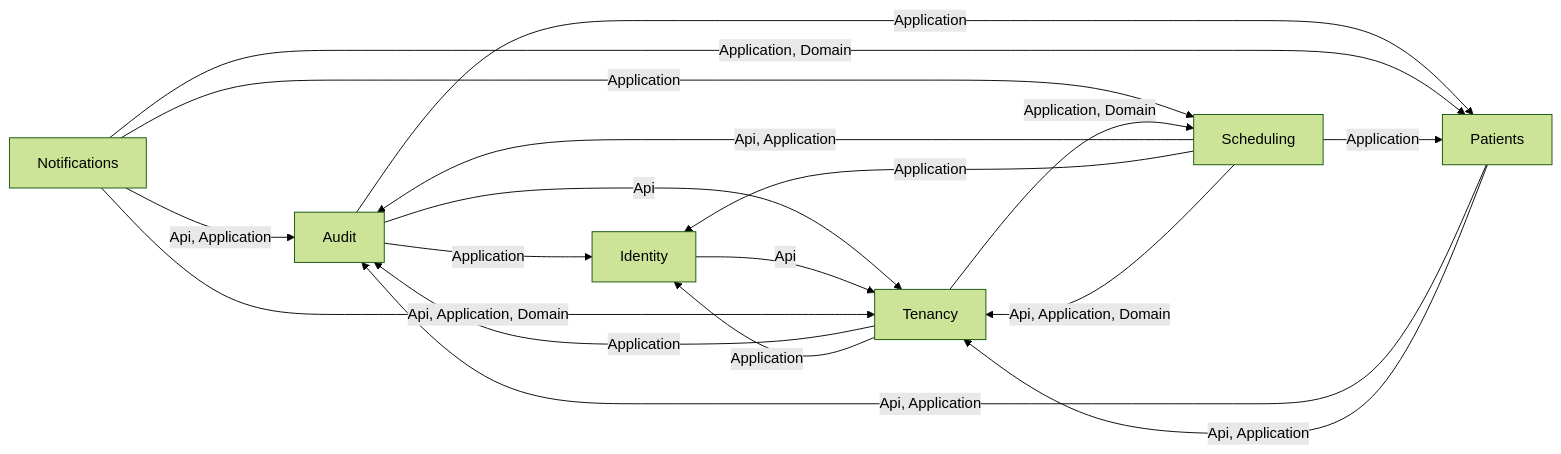
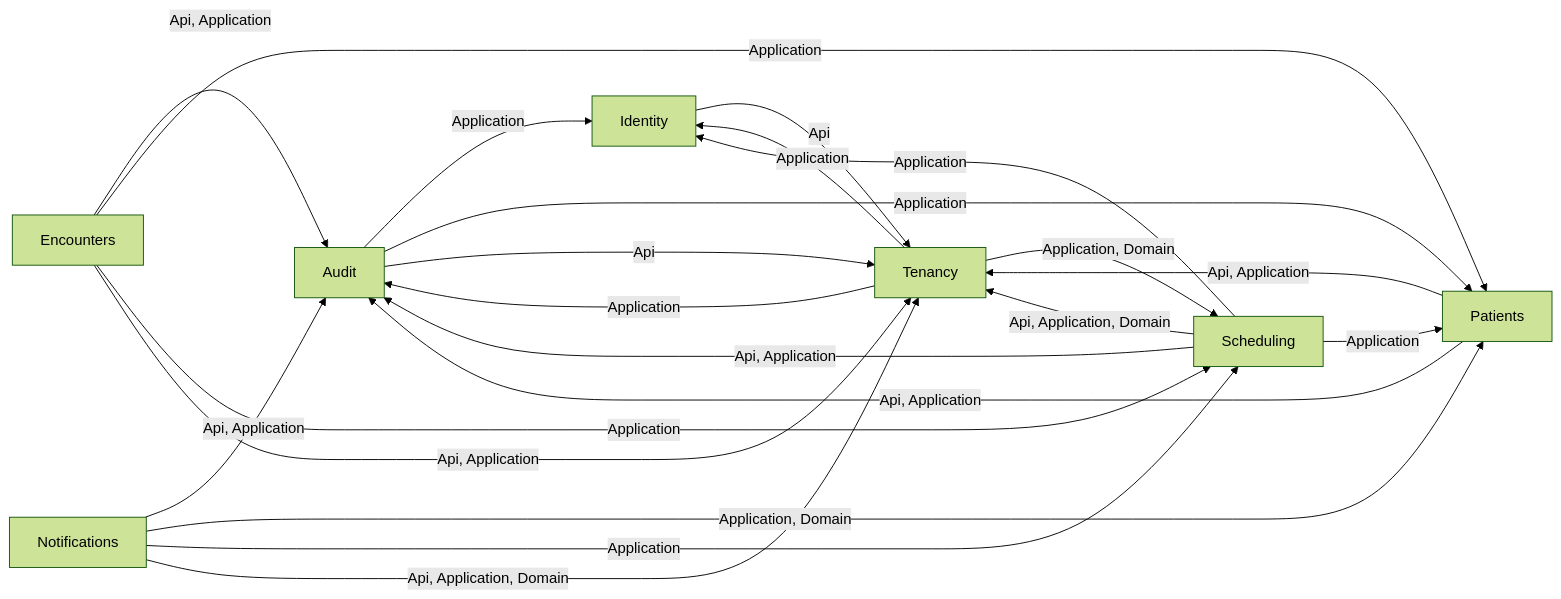
One commit to ALFRED-LUCIFER/medvya changed the second of 12 diagrams in docs/03-architecture/erd.md. Above: the diagram before and after it, drawn with Mermaid (forest theme). The commit also changed other lines of this file and 65 other files, not shown here.

````diff
--- a/docs/03-architecture/erd.md
+++ b/docs/03-architecture/erd.md
@@ -53,20 +54,24 @@
 ```mermaid
 flowchart LR
   Audit -->|"Application"| Identity
   Audit -->|"Application"| Patients
   Audit -->|"Api"| Tenancy
+  Encounters -->|"Api, Application"| Audit
+  Encounters -->|"Application"| Patients
+  Encounters -->|"Application"| Scheduling
+  Encounters -->|"Api, Application"| Tenancy
   Identity -->|"Api"| Tenancy
   Notifications -->|"Api, Application"| Audit
   Notifications -->|"Application, Domain"| Patients
   Notifications -->|"Application"| Scheduling
   Notifications -->|"Api, Application, Domain"| Tenancy
   Patients -->|"Api, Application"| Audit
   Patients -->|"Api, Application"| Tenancy
   Scheduling -->|"Api, Application"| Audit
   Scheduling -->|"Application"| Identity
   Scheduling -->|"Application"| Patients
   Scheduling -->|"Api, Application, Domain"| Tenancy
   Tenancy -->|"Application"| Audit
   Tenancy -->|"Application"| Identity
   Tenancy -->|"Application, Domain"| Scheduling
 ```
````
